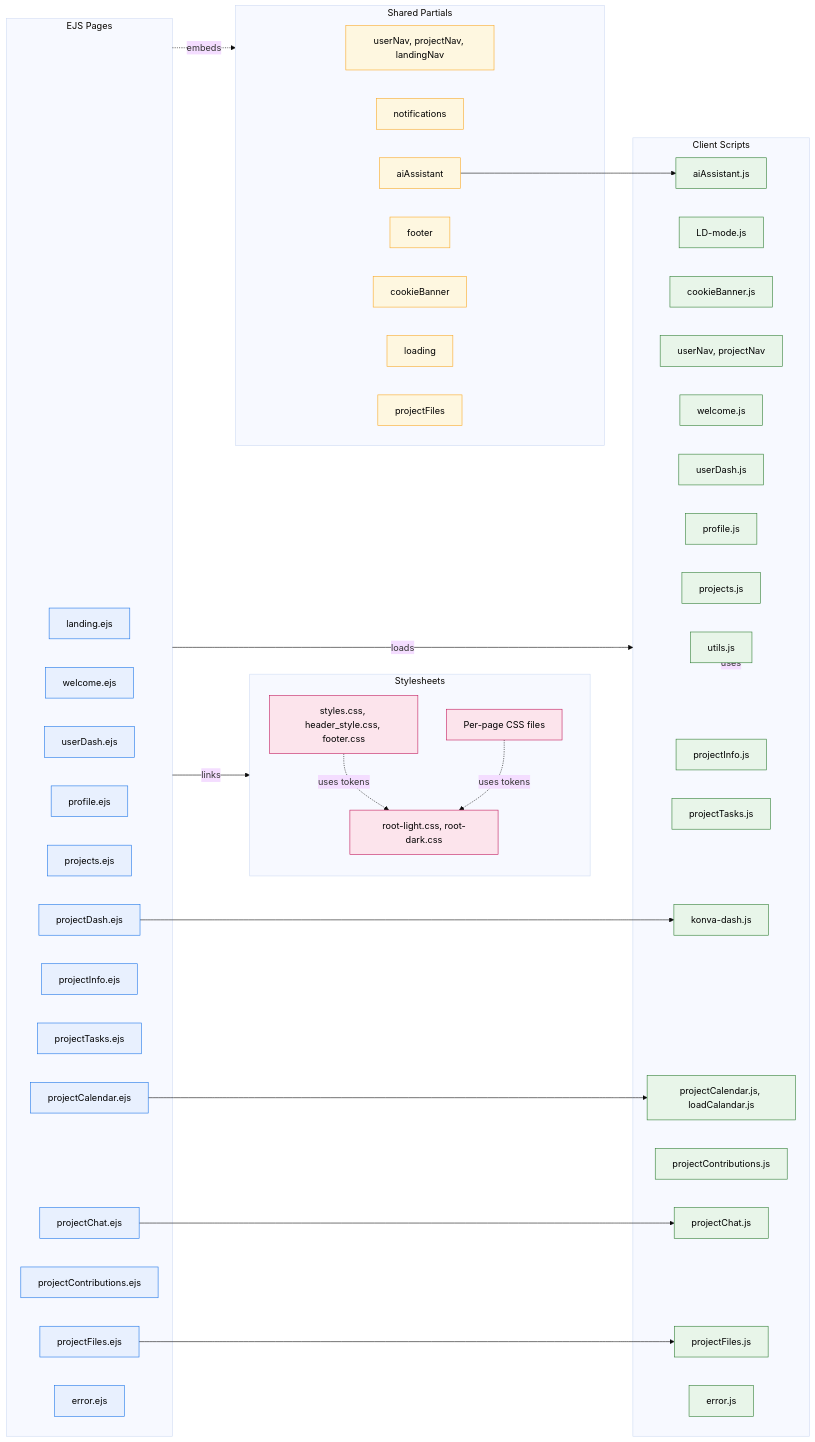
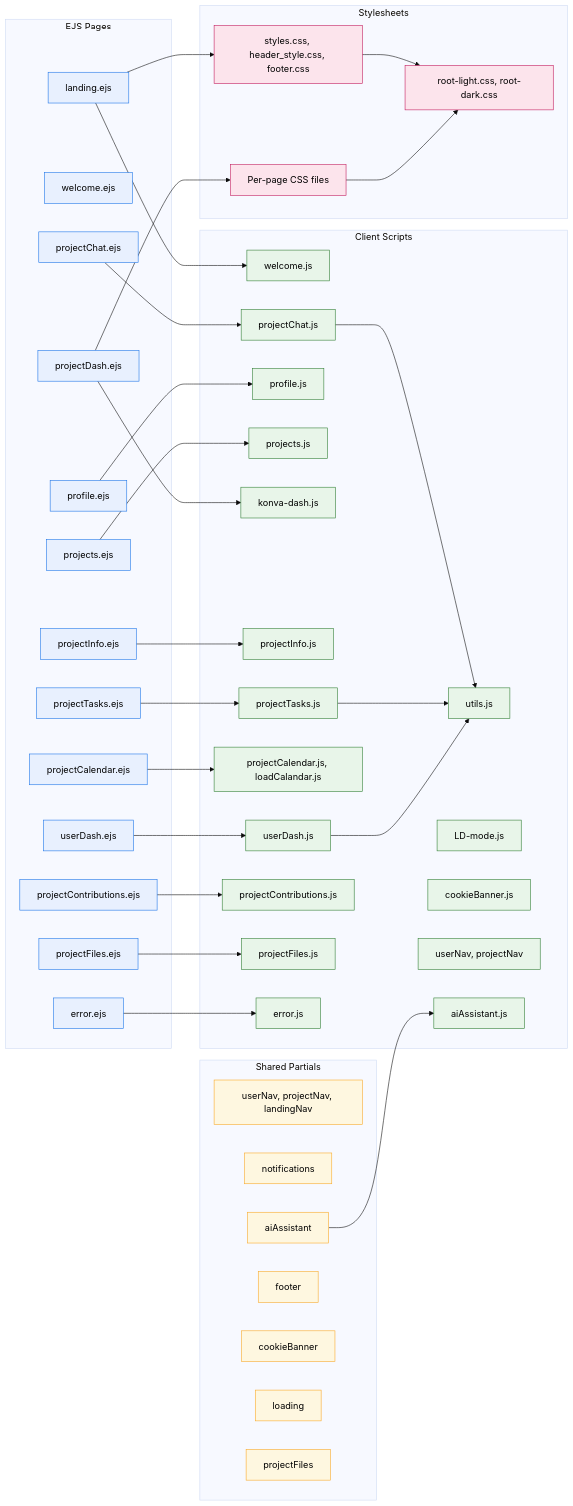
The diagram in docs/source/architecture/module-map.rst (SETAP-Org/gcms-docs), drawn with Mermaid (base theme) before and after one commit. The commit also changed other lines of this file, not shown here.

```diff
--- a/docs/source/architecture/module-map.rst
+++ b/docs/source/architecture/module-map.rst
@@ -75,20 +53,29 @@
            CSSPage["Per-page CSS files"]
        end
 
-       Pages -.embeds.-> Partials
-       Pages -->|loads| Scripts
-       Pages -->|links| Styles
-
+       VLand --> SWel
+       VUDash --> SUDash
+       VProf --> SProf
+       VProj --> SProj
        VPDash --> SKonva
+       VPInfo --> SPInfo
+       VPTask --> STask
        VPCal --> SCal
        VPChat --> SChat
+       VPCont --> SCont
        VPFiles --> SFiles
+       VErr --> SErr
+
+       VLand --> CSSBase
+       VPDash --> CSSPage
        PAI --> SAI
 
-       Scripts -.uses.-> SUtil
+       SChat --> SUtil
+       STask --> SUtil
+       SUDash --> SUtil
 
-       CSSBase -.uses tokens.-> CSSRoot
-       CSSPage -.uses tokens.-> CSSRoot
+       CSSBase --> CSSRoot
+       CSSPage --> CSSRoot
 
        classDef view fill:#e8f0fe,stroke:#1a73e8,color:#000
        classDef partial fill:#fef7e0,stroke:#f9a825,color:#000
```
